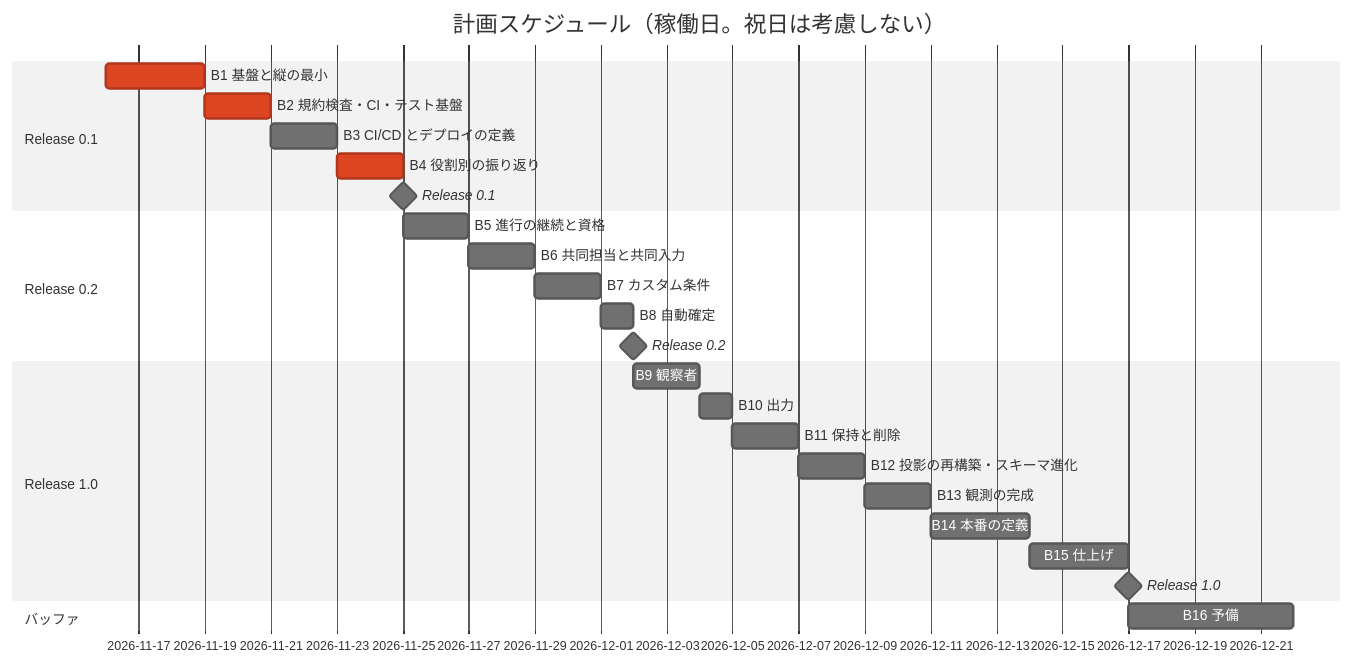
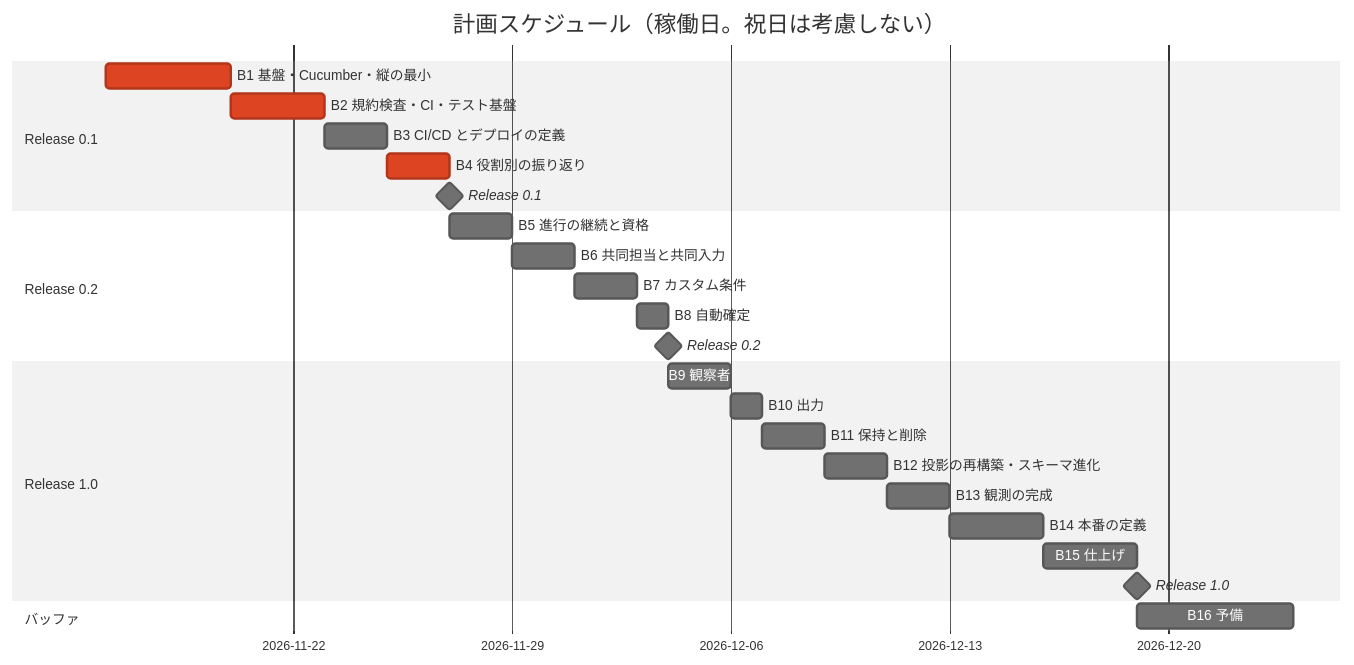
One commit to k2works/case-study-beer-game-simulation changed the diagram in docs/development/beer-game-kotlin/release_plan.md. Above: the diagram before and after it, drawn with Mermaid (neutral theme). The commit also changed other lines of this file and 2 other files, not shown here.

````diff
--- a/docs/development/beer-game-kotlin/release_plan.md
+++ b/docs/development/beer-game-kotlin/release_plan.md
@@ -159,28 +171,28 @@
 ```mermaid
 gantt
     title 計画スケジュール（稼働日。祝日は考慮しない）
     dateFormat  YYYY-MM-DD
     section Release 0.1
-    B1 基盤と縦の最小          :crit, b1, 2026-11-16, 3d
-    B2 規約検査・CI・テスト基盤  :crit, b2, after b1, 2d
+    B1 基盤・Cucumber・縦の最小  :crit, b1, 2026-11-16, 4d
+    B2 規約検査・CI・テスト基盤  :crit, b2, after b1, 3d
     B3 CI/CD とデプロイの定義   :b3, after b2, 2d
     B4 役割別の振り返り         :crit, b4, after b3, 2d
     Release 0.1                :milestone, m1, after b4, 0d
     section Release 0.2
     B5 進行の継続と資格         :b5, after b4, 2d
     B6 共同担当と共同入力       :b6, after b5, 2d
     B7 カスタム条件             :b7, after b6, 2d
     B8 自動確定                 :b8, after b7, 1d
     Release 0.2                :milestone, m2, after b8, 0d
     section Release 1.0
     B9 観察者                   :b9, after b8, 2d
     B10 出力                    :b10, after b9, 1d
     B11 保持と削除              :b11, after b10, 2d
     B12 投影の再構築・スキーマ進化 :b12, after b11, 2d
     B13 観測の完成              :b13, after b12, 2d
     B14 本番の定義              :b14, after b13, 3d
     B15 仕上げ                  :b15, after b14, 3d
     Release 1.0                :milestone, m3, after b15, 0d
     section バッファ
     B16 予備                    :b16, after b15, 5d
 ```
````
